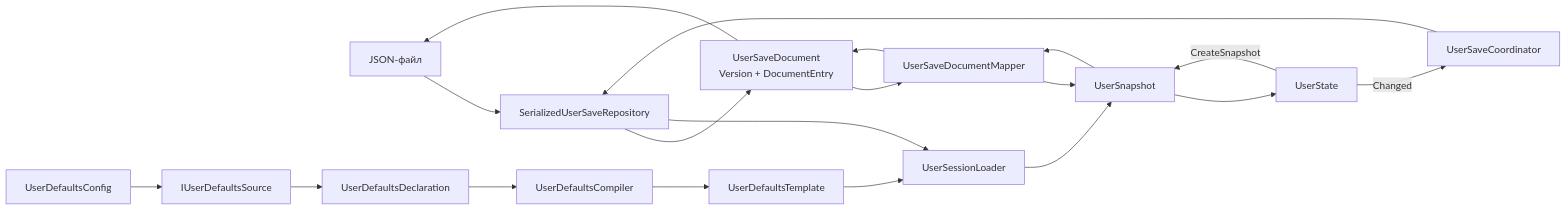
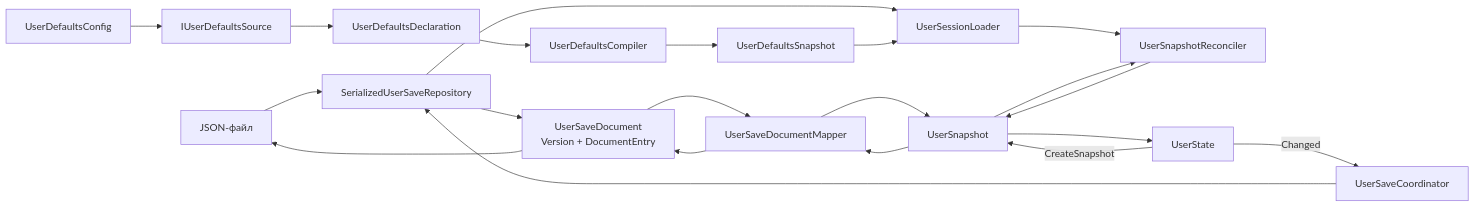
Before and after one commit to SmailikMailik/ll-test: the third of 3 diagrams in Documentation/Architecture/Game-And-User-Data.md, drawn with Mermaid. The commit also changed other lines of this file and 43 other files, not shown here.

Commit message:
Rename user defaults template to snapshot

````diff
--- a/Documentation/Architecture/Game-And-User-Data.md
+++ b/Documentation/Architecture/Game-And-User-Data.md
@@ -189,35 +189,38 @@
 ```mermaid
 flowchart LR
     Storage["JSON-файл"]
     Repository["SerializedUserSaveRepository"]
     Document["UserSaveDocument<br/>Version + DocumentEntry"]
     Mapper["UserSaveDocumentMapper"]
     Snapshot["UserSnapshot"]
     Loader["UserSessionLoader"]
     Config["UserDefaultsConfig"]
     Source["IUserDefaultsSource"]
     Declaration["UserDefaultsDeclaration"]
     Compiler["UserDefaultsCompiler"]
-    Defaults["UserDefaultsTemplate"]
+    Defaults["UserDefaultsSnapshot"]
+    Reconciler["UserSnapshotReconciler"]
     State["UserState"]
     Coordinator["UserSaveCoordinator"]
 
     Storage --> Repository
     Repository --> Document
     Document --> Mapper
     Mapper --> Snapshot
     Repository --> Loader
     Config --> Source
     Source --> Declaration
     Declaration --> Compiler
     Compiler --> Defaults
     Defaults --> Loader
-    Loader --> Snapshot
+    Loader --> Reconciler
+    Snapshot --> Reconciler
+    Reconciler --> Snapshot
     Snapshot --> State
     State -- Changed --> Coordinator
     Coordinator --> Repository
     State -- CreateSnapshot --> Snapshot
     Snapshot --> Mapper
     Mapper --> Document
     Document --> Storage
 ```
````
